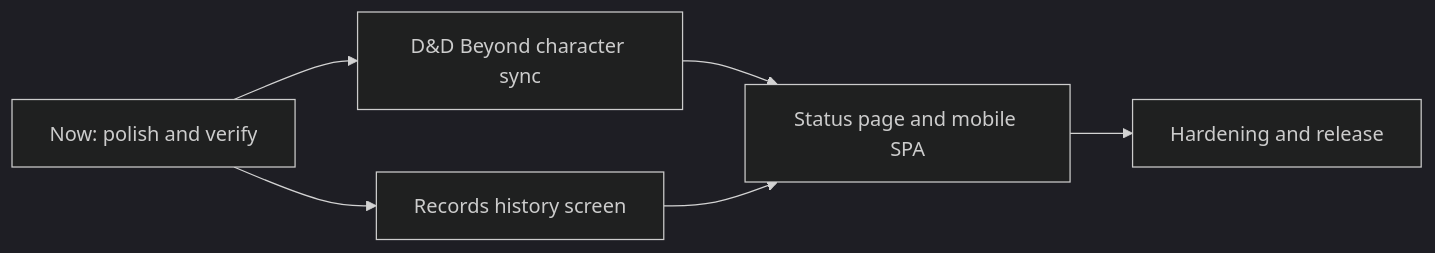
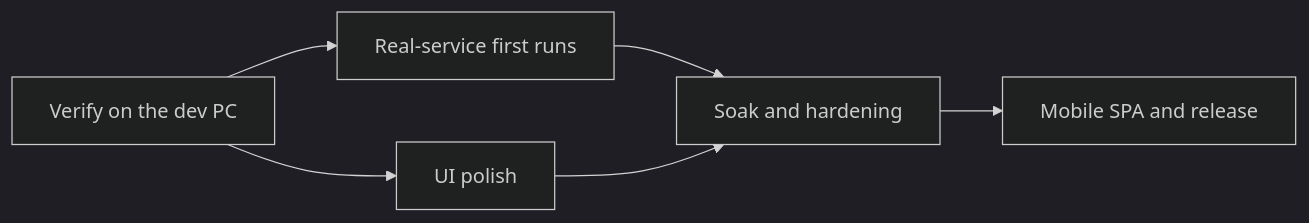
Before and after one commit to AndyProsser/vtt-chat-app: the diagram in ROADMAP.md, drawn with Mermaid (dark theme). The commit also changed other lines of this file and 51 other files, not shown here.

````diff
--- a/ROADMAP.md
+++ b/ROADMAP.md
@@ -23,8 +23,8 @@
 ```mermaid
 flowchart LR
-  A[Now: polish and verify] --> B[D&D Beyond character sync]
-  A --> C[Records history screen]
-  B --> D[Status page and mobile SPA]
+  A[Verify on the dev PC] --> B[Real-service first runs]
+  A --> C[UI polish]
+  B --> D[Soak and hardening]
   C --> D
-  D --> E[Hardening and release]
+  D --> E[Mobile SPA and release]
 ```
````
